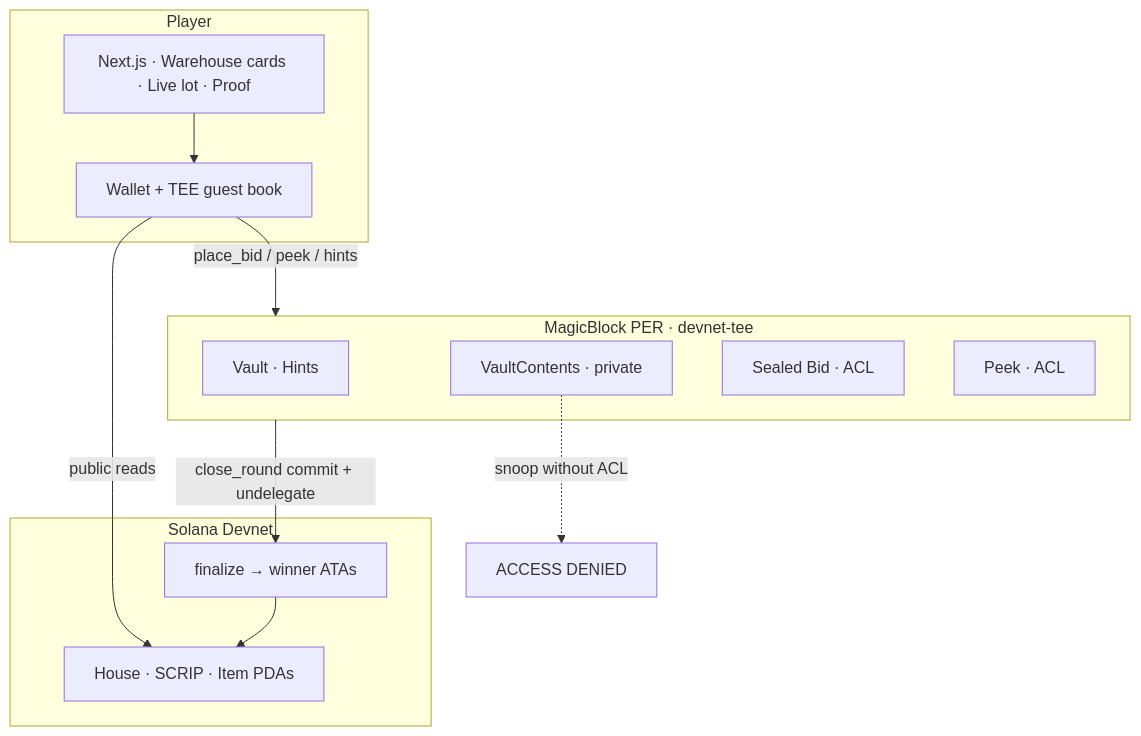
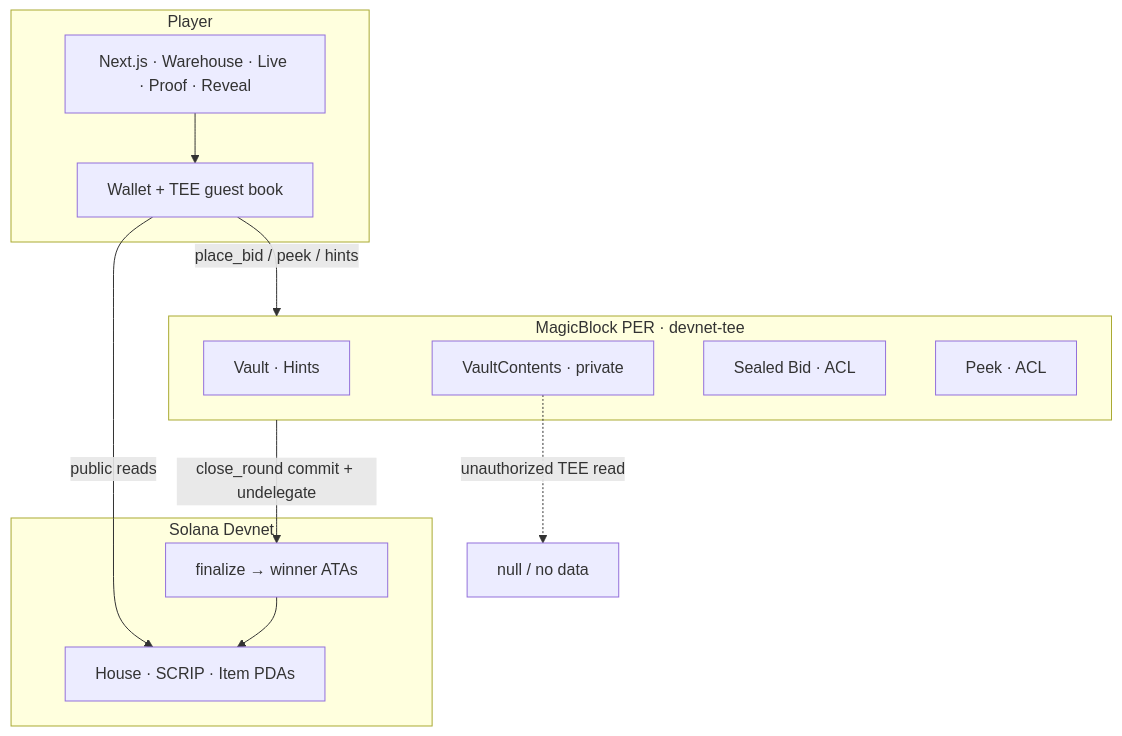
One commit to Aditya-linux/BlindVault changed the first of 2 diagrams in README.md. Above: the diagram before and after it, drawn with Mermaid. The commit also changed other lines of this file and 5 other files, not shown here.

Commit message:
Polish home/Me/warehouse UX, fix finished-lot CTAs, and rewrite the project README.

````diff
--- a/README.md
+++ b/README.md
@@ -50,26 +67,26 @@
 ```mermaid
 flowchart TB
   subgraph Player
-    UI["Next.js · Warehouse cards · Live lot · Proof"]
+    UI["Next.js · Warehouse · Live · Proof · Reveal"]
     W["Wallet + TEE guest book"]
   end
 
   subgraph Solana["Solana Devnet"]
     House["House · SCRIP · Item PDAs"]
     Fin["finalize → winner ATAs"]
   end
 
   subgraph PER["MagicBlock PER · devnet-tee"]
     V["Vault · Hints"]
     C["VaultContents · private"]
     B["Sealed Bid · ACL"]
     P["Peek · ACL"]
   end
 
   UI --> W
   W -->|public reads| House
   W -->|place_bid / peek / hints| PER
   PER -->|close_round commit + undelegate| Fin
   Fin --> House
-  C -.->|snoop without ACL| Deny["ACCESS DENIED"]
+  C -.->|unauthorized TEE read| Deny["null / no data"]
 ```
````
